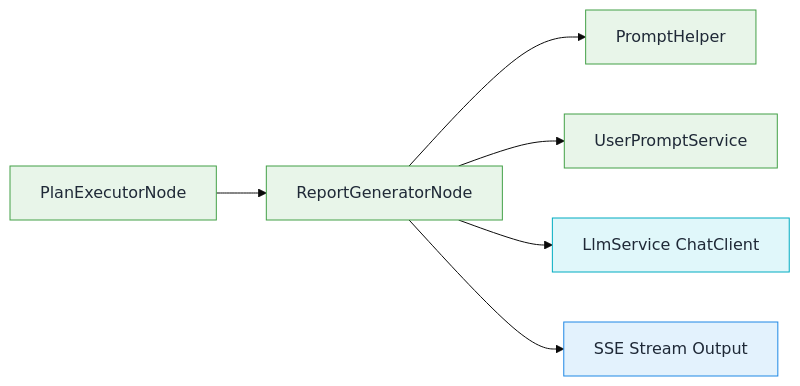
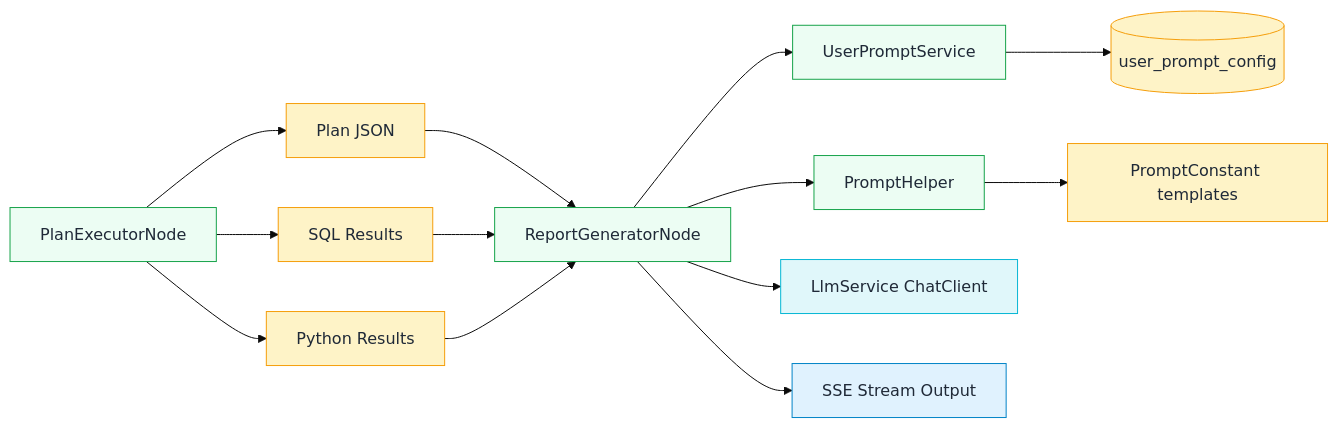
The ninth of 18 diagrams in README.md (spring-ai-alibaba/DataAgent), drawn with Mermaid (base theme) before and after one commit. The commit also changed other lines of this file, not shown here.

Commit message:
refactor: enhance README with updated architecture diagrams, improved class definitions, and refined workflow processes for clarity

````diff
--- a/README.md
+++ b/README.md
@@ -285,16 +401,25 @@
 ```mermaid
 flowchart LR
-  PlanExec[PlanExecutorNode] --> Report[ReportGeneratorNode]
+  PlanExec[PlanExecutorNode] --> PlanData[Plan JSON]
+  PlanExec --> SqlResults[SQL Results]
+  PlanExec --> PyResults[Python Results]
+  PlanData --> Report[ReportGeneratorNode]
+  SqlResults --> Report
+  PyResults --> Report
+  Report --> PromptSvc[UserPromptService]
+  PromptSvc --> PromptDB[(user_prompt_config)]
   Report --> PromptHelper
-  Report --> PromptSvc[UserPromptService]
+  PromptHelper --> Templates[PromptConstant templates]
   Report --> LLM[LlmService ChatClient]
   Report --> Stream[SSE Stream Output]
 
-  classDef service fill:#E8F5E9,stroke:#43A047,stroke-width:1px,color:#1F2937;
-  classDef llm fill:#E0F7FA,stroke:#00ACC1,stroke-width:1px,color:#1F2937;
-  classDef api fill:#E3F2FD,stroke:#1E88E5,stroke-width:1px,color:#1F2937;
+  classDef service fill:#ECFDF3,stroke:#16A34A,stroke-width:1px,color:#1F2937;
+  classDef llm fill:#E0F7FA,stroke:#06B6D4,stroke-width:1px,color:#1F2937;
+  classDef api fill:#E0F2FE,stroke:#0284C7,stroke-width:1px,color:#1F2937;
+  classDef data fill:#FEF3C7,stroke:#F59E0B,stroke-width:1px,color:#1F2937;
 
   class PlanExec,Report,PromptHelper,PromptSvc service
   class LLM llm
   class Stream api
+  class PlanData,SqlResults,PyResults,PromptDB,Templates data
 ```
````
